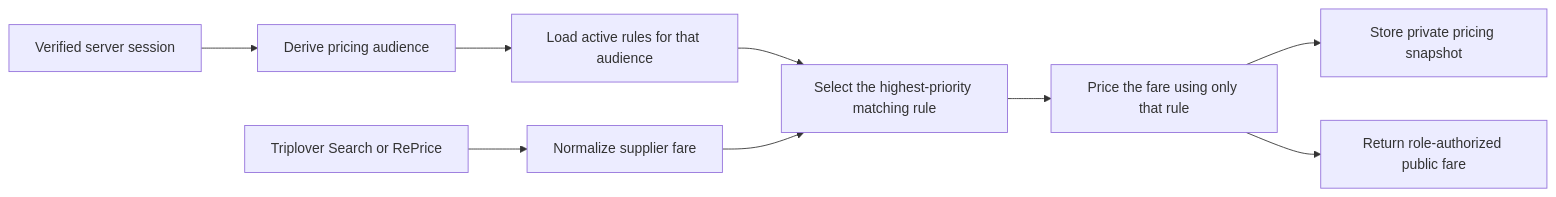
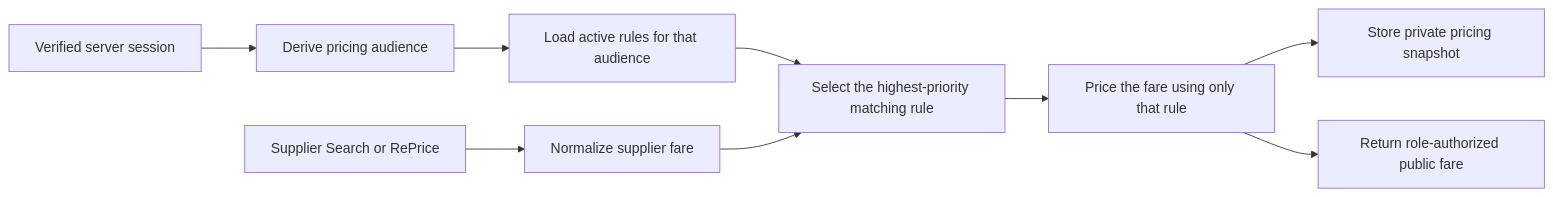
One commit to babuas25/kaliganjtravel changed the diagram in MARKUP.md. Above: the diagram before and after it, drawn with Mermaid. The commit also changed other lines of this file and 12 other files, not shown here.

````diff
--- a/MARKUP.md
+++ b/MARKUP.md
@@ -36,11 +37,11 @@
 ```mermaid
 flowchart LR
     A["Verified server session"] --> B["Derive pricing audience"]
     B --> C["Load active rules for that audience"]
-    D["Triplover Search or RePrice"] --> E["Normalize supplier fare"]
+    D["Supplier Search or RePrice"] --> E["Normalize supplier fare"]
     C --> F["Select the highest-priority matching rule"]
     E --> F
     F --> G["Price the fare using only that rule"]
     G --> I["Store private pricing snapshot"]
     G --> J["Return role-authorized public fare"]
 ```
````
